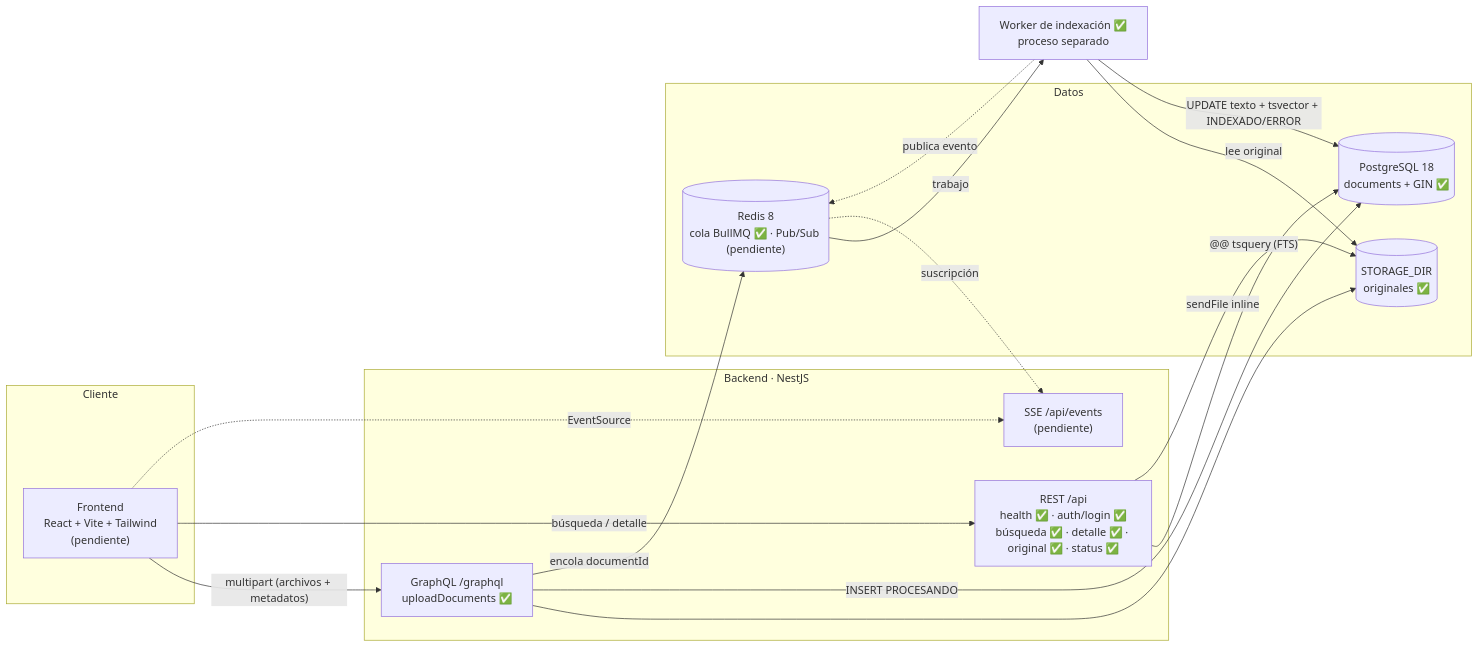
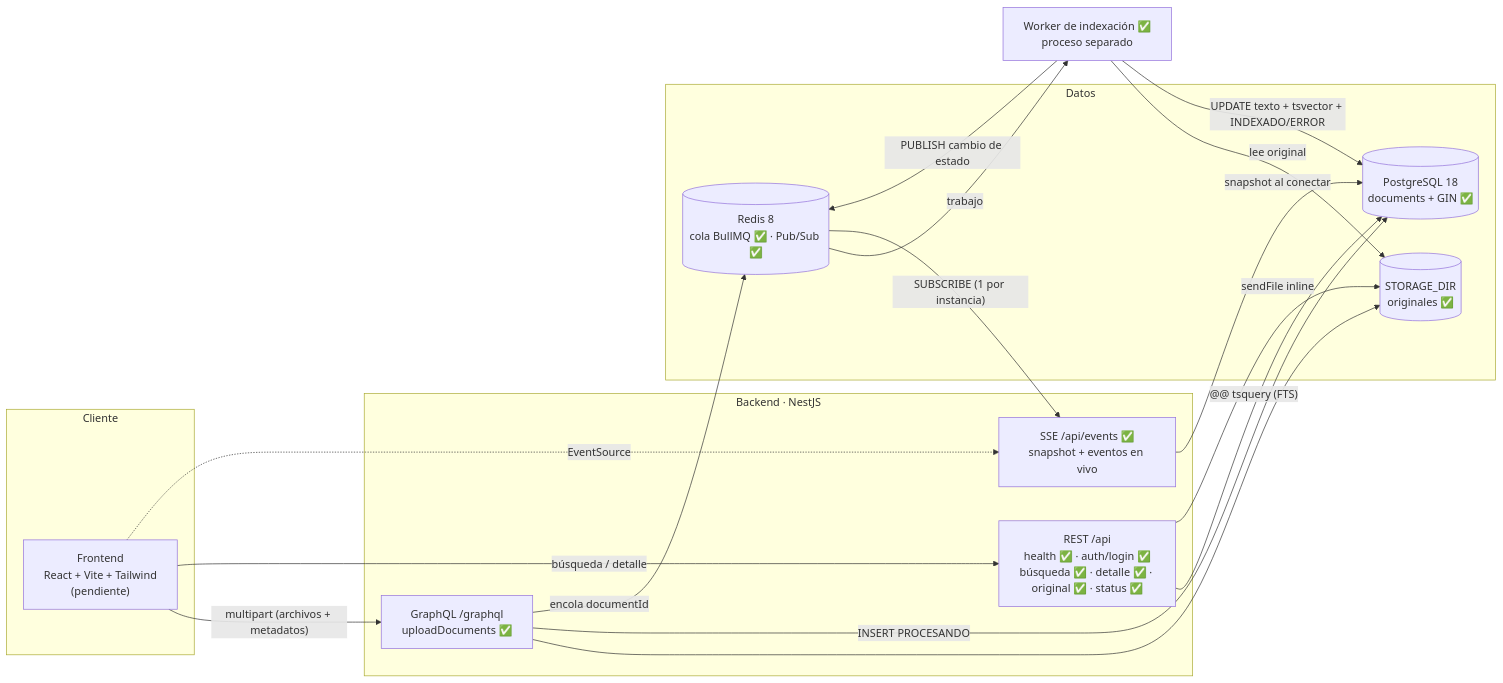
The first of 2 diagrams in docs/architecture.md (camilollamas/pt_documental), drawn with Mermaid before and after one commit. The commit also changed other lines of this file and 15 other files, not shown here.

First line of the commit message:
feat(events): notificaciones de estado en tiempo real con SSE y Redis Pub/Sub

````diff
--- a/docs/architecture.md
+++ b/docs/architecture.md
@@ -7,34 +7,35 @@
 ```mermaid
 flowchart LR
     subgraph Cliente
         UI["Frontend<br/>React + Vite + Tailwind<br/>(pendiente)"]
     end
 
     subgraph API["Backend · NestJS"]
         GQL["GraphQL /graphql<br/>uploadDocuments ✅"]
         REST["REST /api<br/>health ✅ · auth/login ✅<br/>búsqueda ✅ · detalle ✅ · original ✅ · status ✅"]
-        SSE["SSE /api/events<br/>(pendiente)"]
+        SSE["SSE /api/events ✅<br/>snapshot + eventos en vivo"]
     end
 
     subgraph Datos
         PG[("PostgreSQL 18<br/>documents + GIN ✅")]
         FS[("STORAGE_DIR<br/>originales ✅")]
-        RQ[("Redis 8<br/>cola BullMQ ✅ · Pub/Sub (pendiente)")]
+        RQ[("Redis 8<br/>cola BullMQ ✅ · Pub/Sub ✅")]
     end
 
     W["Worker de indexación ✅<br/>proceso separado"]
 
     UI -- "multipart (archivos + metadatos)" --> GQL
     UI -- "búsqueda / detalle" --> REST
     UI -. "EventSource" .-> SSE
     GQL --> FS
     GQL -- "INSERT PROCESANDO" --> PG
     GQL -- "encola documentId" --> RQ
     RQ -- "trabajo" --> W
     W -- "lee original" --> FS
     W -- "UPDATE texto + tsvector + INDEXADO/ERROR" --> PG
-    W -. "publica evento" .-> RQ
-    RQ -. "suscripción" .-> SSE
+    W -- "PUBLISH cambio de estado" --> RQ
+    RQ -- "SUBSCRIBE (1 por instancia)" --> SSE
+    SSE -- "snapshot al conectar" --> PG
     REST -- "@@ tsquery (FTS)" --> PG
     REST -- "sendFile inline" --> FS
 ```
````
